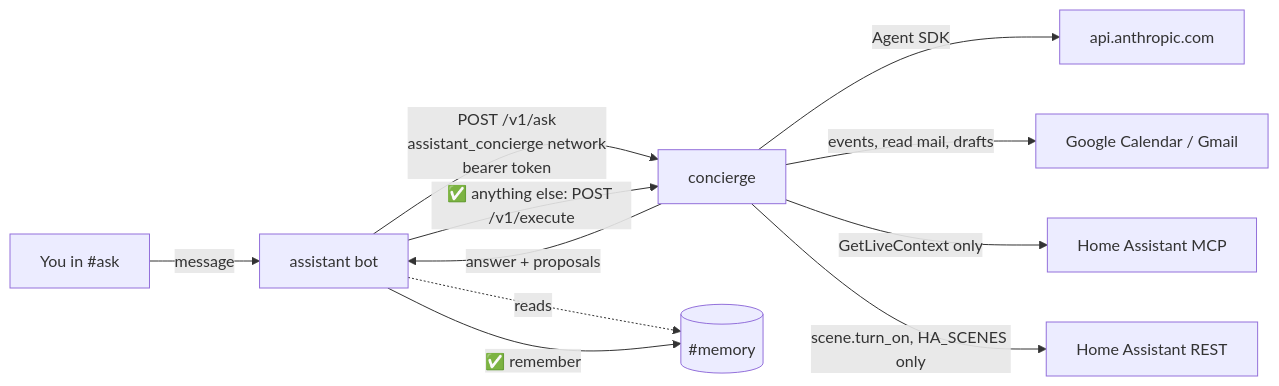
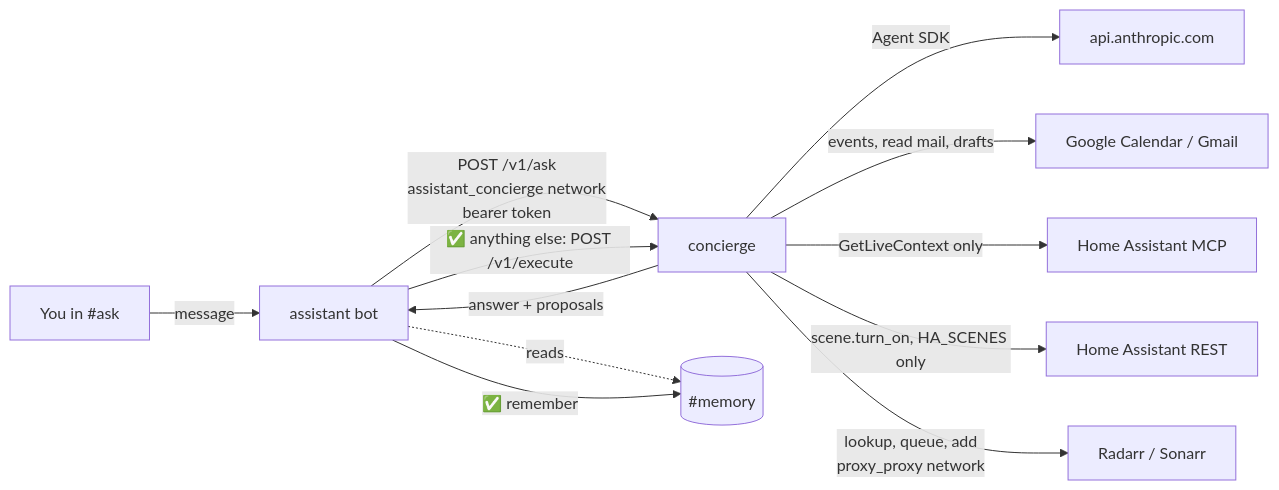
Before and after one commit to brignano/homelab: the diagram in docker/concierge/README.md, drawn with Mermaid. The commit also changed other lines of this file and 17 other files, not shown here.

````diff
--- a/docker/concierge/README.md
+++ b/docker/concierge/README.md
@@ -8,13 +9,14 @@
 ```mermaid
 flowchart LR
   you[You in #ask] -->|message| bot[assistant bot]
   bot -->|"POST /v1/ask<br/>assistant_concierge network<br/>bearer token"| c[concierge]
   bot -. reads .-> mem[(#memory)]
   c -->|Agent SDK| api[api.anthropic.com]
   c -->|"events, read mail, drafts"| g[Google Calendar / Gmail]
   c -->|"GetLiveContext only"| ha[Home Assistant MCP]
   c -->|"scene.turn_on, HA_SCENES only"| har[Home Assistant REST]
+  c -->|"lookup, queue, add<br/>proxy_proxy network"| arr[Radarr / Sonarr]
   c -->|answer + proposals| bot
   bot -->|"✅ remember"| mem
   bot -->|"✅ anything else: POST /v1/execute"| c
 ```
````
